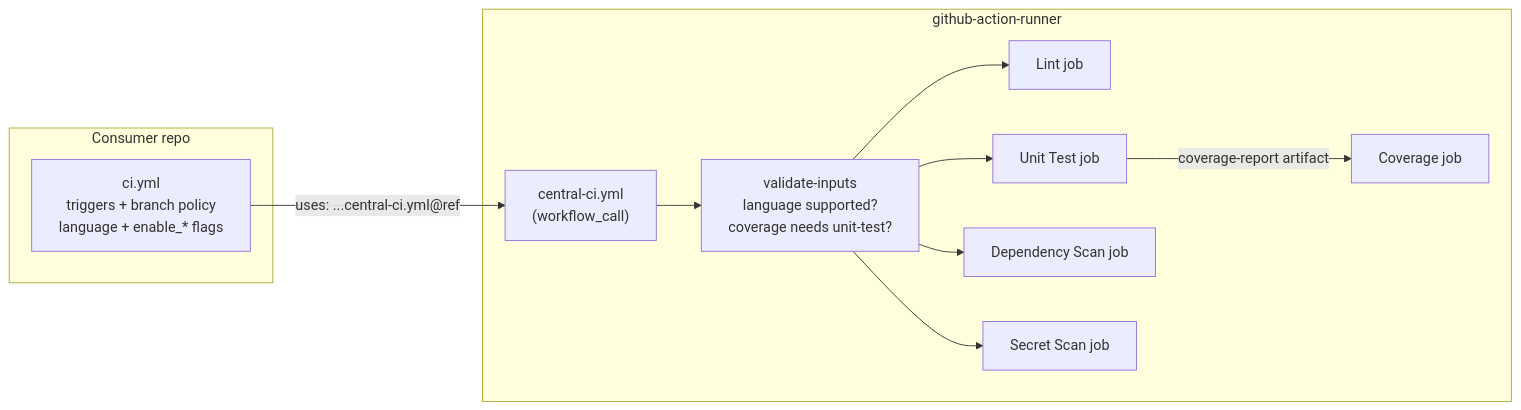
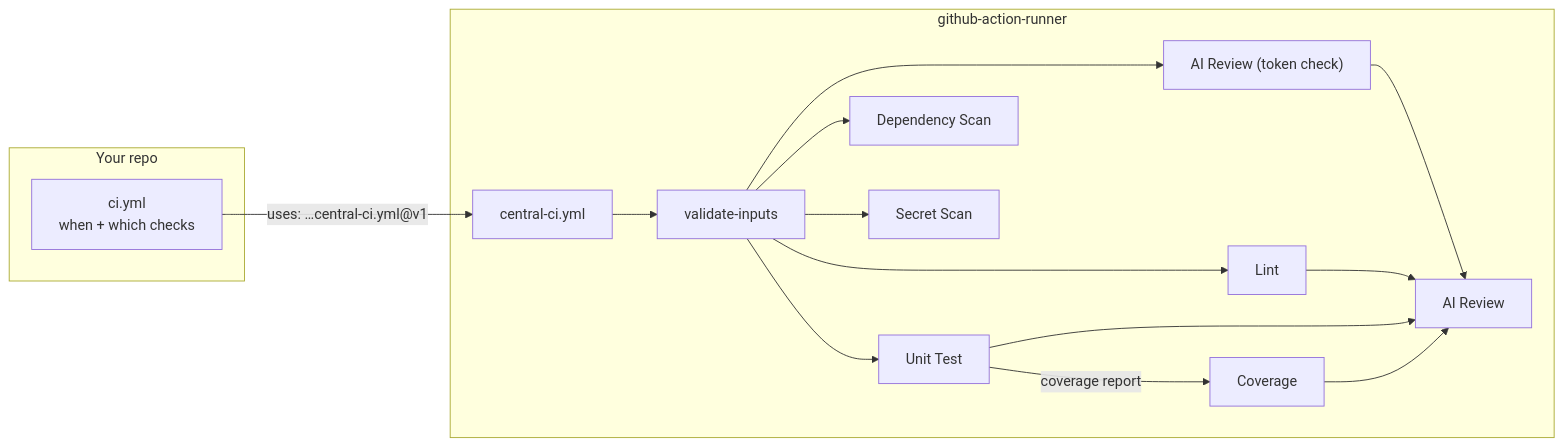
Before and after one commit to DevAnsh-Digital-Solutions/github-action-runner: the second of 3 diagrams in README.md, drawn with Mermaid. The commit also changed other lines of this file and 5 other files, not shown here.

````diff
--- a/README.md
+++ b/README.md
@@ -69,24 +657,25 @@
 ```mermaid
 flowchart LR
-    subgraph consumer["Consumer repo"]
-        ci["ci.yml<br/>triggers + branch policy<br/>language + enable_* flags"]
+    subgraph consumer["Your repo"]
+        ci["ci.yml<br/>when + which checks"]
     end
 
     subgraph runner["github-action-runner"]
-        central["central-ci.yml<br/>(workflow_call)"]
-        validate["validate-inputs<br/>language supported?<br/>coverage needs unit-test?"]
-        lint["Lint job"]
-        unit["Unit Test job"]
-        cov["Coverage job"]
-        dep["Dependency Scan job"]
-        sec["Secret Scan job"]
+        central["central-ci.yml"]
+        validate["validate-inputs"]
+        lint["Lint"]
+        unit["Unit Test"]
+        cov["Coverage"]
+        dep["Dependency Scan"]
+        sec["Secret Scan"]
+        pre["AI Review (token check)"]
+        ai["AI Review"]
         central --> validate
-        validate --> lint
-        validate --> unit
-        validate --> dep
-        validate --> sec
-        unit -- "coverage-report artifact" --> cov
+        validate --> lint & unit & dep & sec & pre
+        unit -- "coverage report" --> cov
+        pre --> ai
+        lint & unit & cov --> ai
     end
 
-    ci -- "uses: ...central-ci.yml@ref" --> central
+    ci -- "uses: …central-ci.yml@v1" --> central
 ```
````
